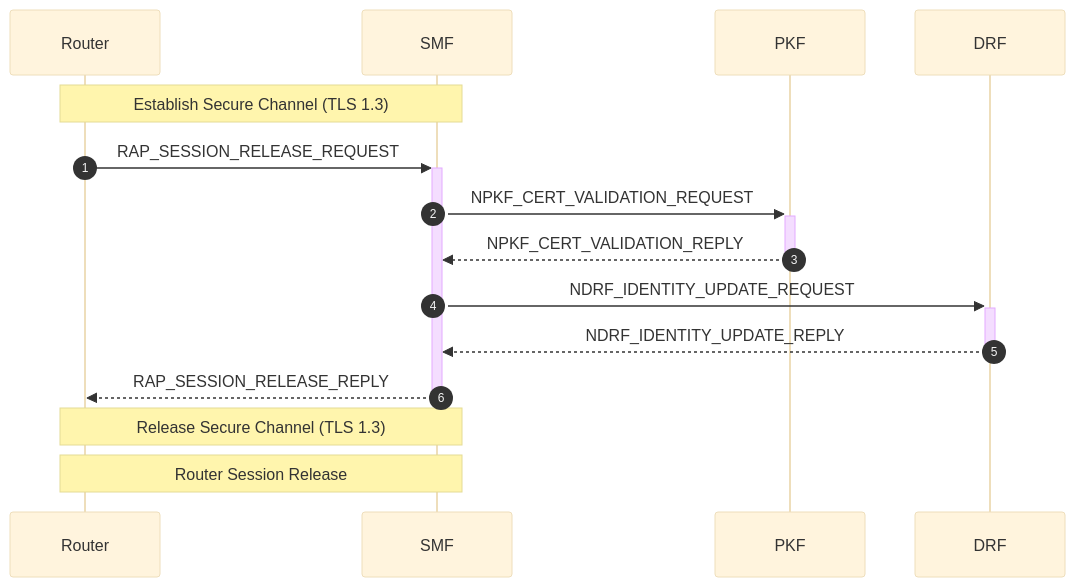
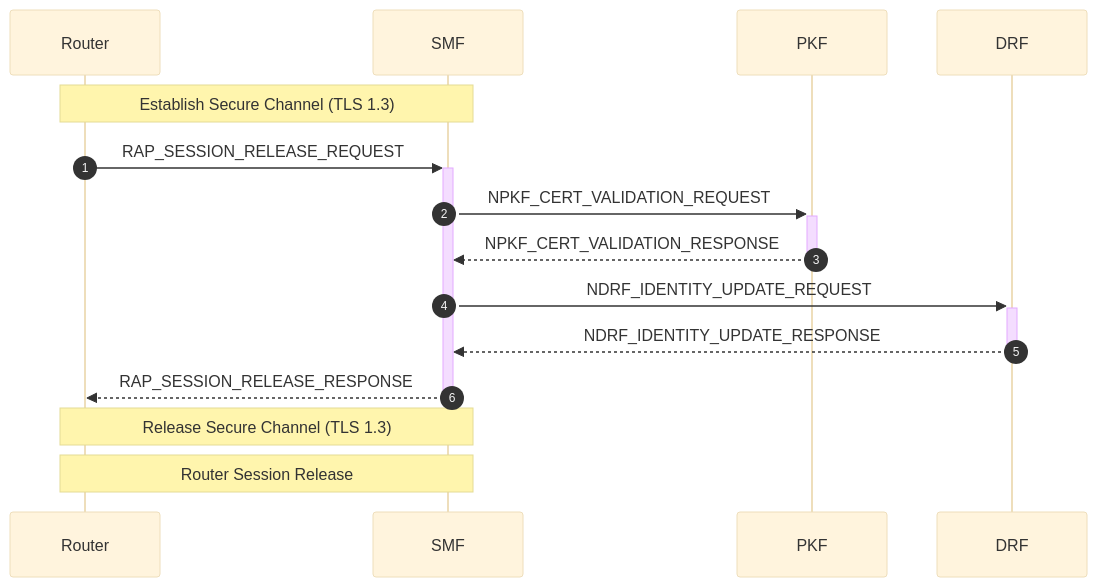
Before and after one commit to veil-link/veilink: the tenth of 21 diagrams in doc/doc-spec/00-series-general/00.002-procedure.md, drawn with Mermaid (base theme). The commit also changed other lines of this file, not shown here.

Commit message:
chore: update reply to response

````diff
--- a/doc/doc-spec/00-series-general/00.002-procedure.md
+++ b/doc/doc-spec/00-series-general/00.002-procedure.md
@@ -226,19 +226,19 @@
 ```mermaid
 sequenceDiagram
     autonumber
 
     participant rt as Router
     participant smf as SMF
     participant pkf as PKF
     participant drf as DRF
 
     Note over rt, smf: Establish Secure Channel (TLS 1.3)
     rt ->>+ smf: RAP_SESSION_RELEASE_REQUEST
     smf ->>+ pkf: NPKF_CERT_VALIDATION_REQUEST
-    pkf -->>- smf: NPKF_CERT_VALIDATION_REPLY
+    pkf -->>- smf: NPKF_CERT_VALIDATION_RESPONSE
     smf ->>+ drf: NDRF_IDENTITY_UPDATE_REQUEST
-    drf -->>- smf: NDRF_IDENTITY_UPDATE_REPLY
-    smf -->>- rt: RAP_SESSION_RELEASE_REPLY
+    drf -->>- smf: NDRF_IDENTITY_UPDATE_RESPONSE
+    smf -->>- rt: RAP_SESSION_RELEASE_RESPONSE
     Note over rt, smf: Release Secure Channel (TLS 1.3)
     Note over rt, smf: Router Session Release
 ```
````
